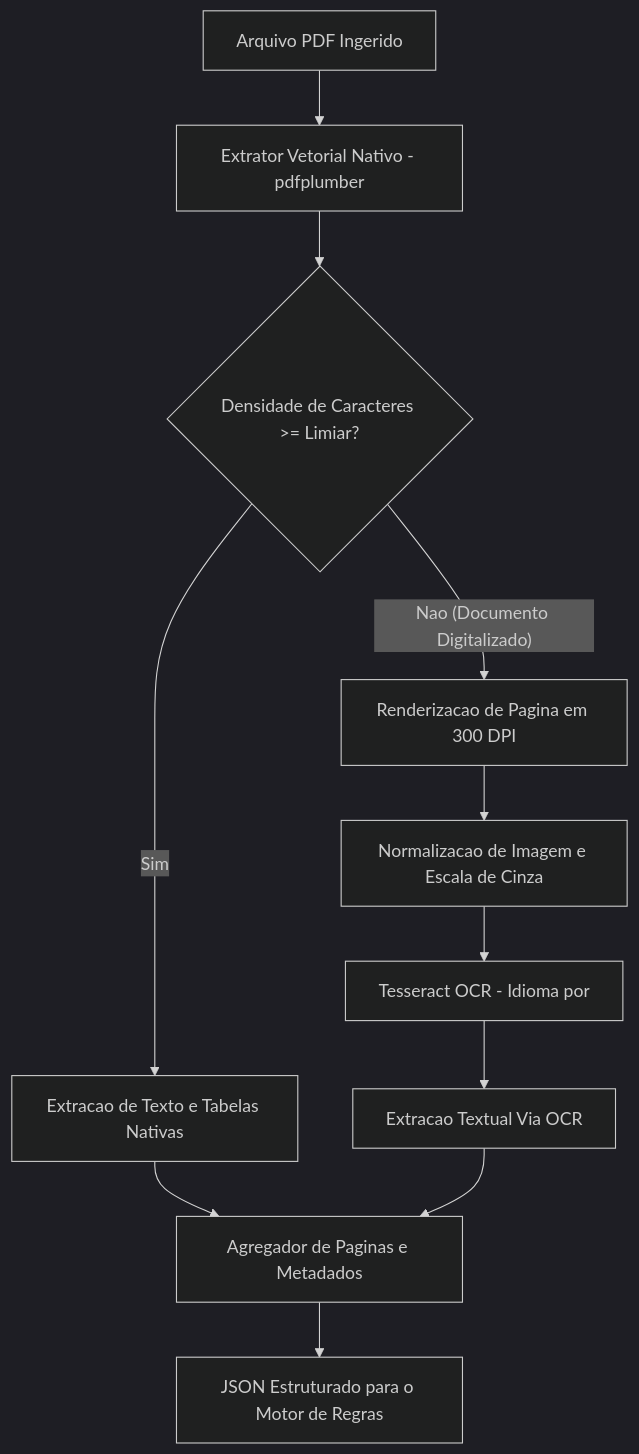
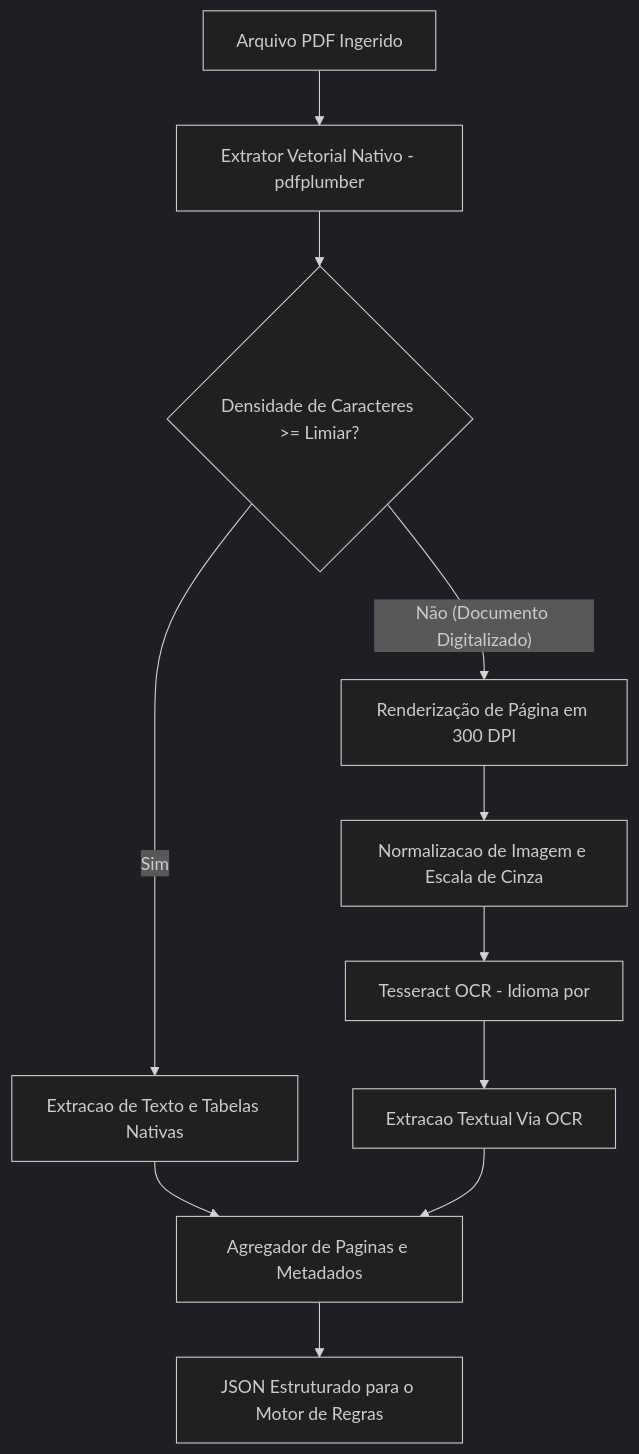
Before and after one commit to conformia-bndes/conformia-platform: the diagram in docs/engineering/idp-pipeline.md, drawn with Mermaid (dark theme). The commit also changed other lines of this file and 21 other files, not shown here.

First line of the commit message:
docs: Refine documentation in requirements and sprints-roadmap

````diff
--- a/docs/engineering/idp-pipeline.md
+++ b/docs/engineering/idp-pipeline.md
@@ -11,13 +11,13 @@
 ```mermaid
 flowchart TD
     PDF[Arquivo PDF Ingerido] --> Parser[Extrator Vetorial Nativo - pdfplumber]
     Parser --> CheckDensity{Densidade de Caracteres >= Limiar?}
     CheckDensity -- Sim --> TextExtraction[Extracao de Texto e Tabelas Nativas]
-    CheckDensity -- Nao (Documento Digitalizado) --> ImageRender[Renderizacao de Pagina em 300 DPI]
+    CheckDensity -- Não (Documento Digitalizado) --> ImageRender[Renderização de Página em 300 DPI]
     ImageRender --> Preprocess[Normalizacao de Imagem e Escala de Cinza]
     Preprocess --> Tesseract[Tesseract OCR - Idioma por]
     Tesseract --> OCRExtraction[Extracao Textual Via OCR]
     TextExtraction --> Aggregator[Agregador de Paginas e Metadados]
     OCRExtraction --> Aggregator
     Aggregator --> OutputJSON[JSON Estruturado para o Motor de Regras]
 ```
````
